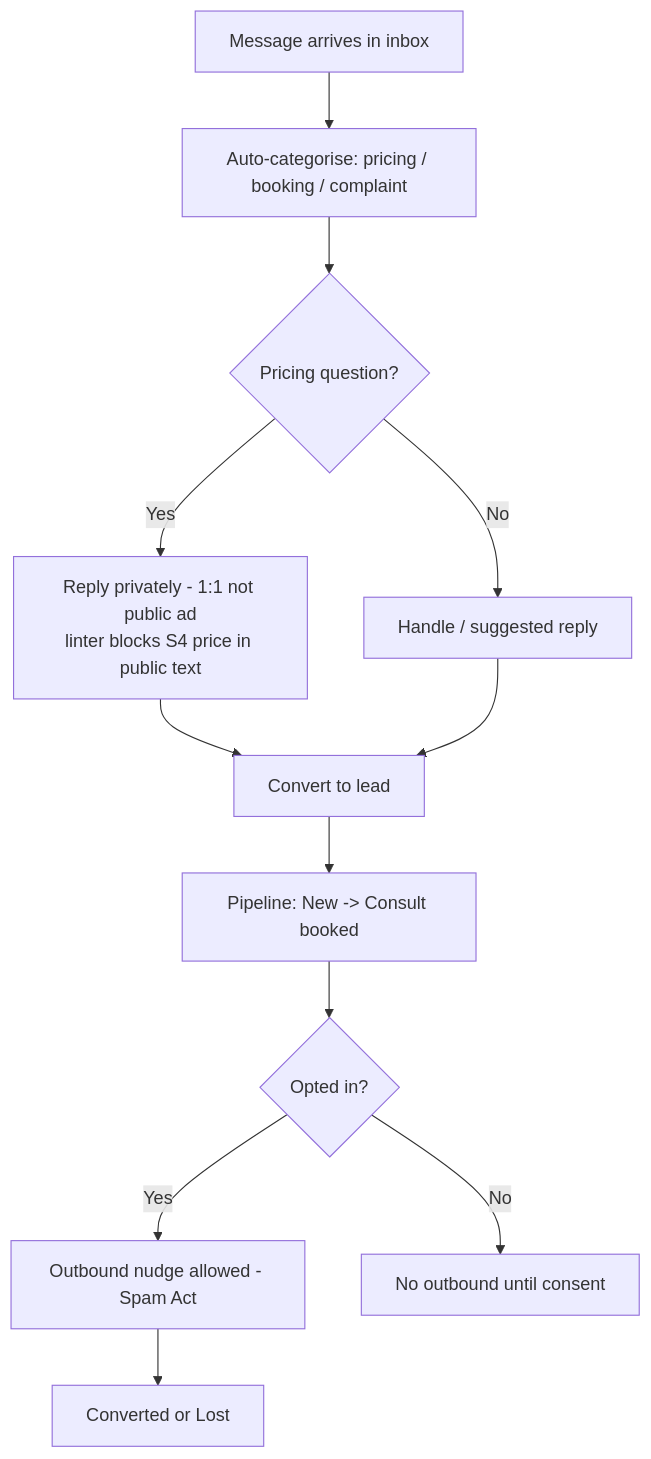
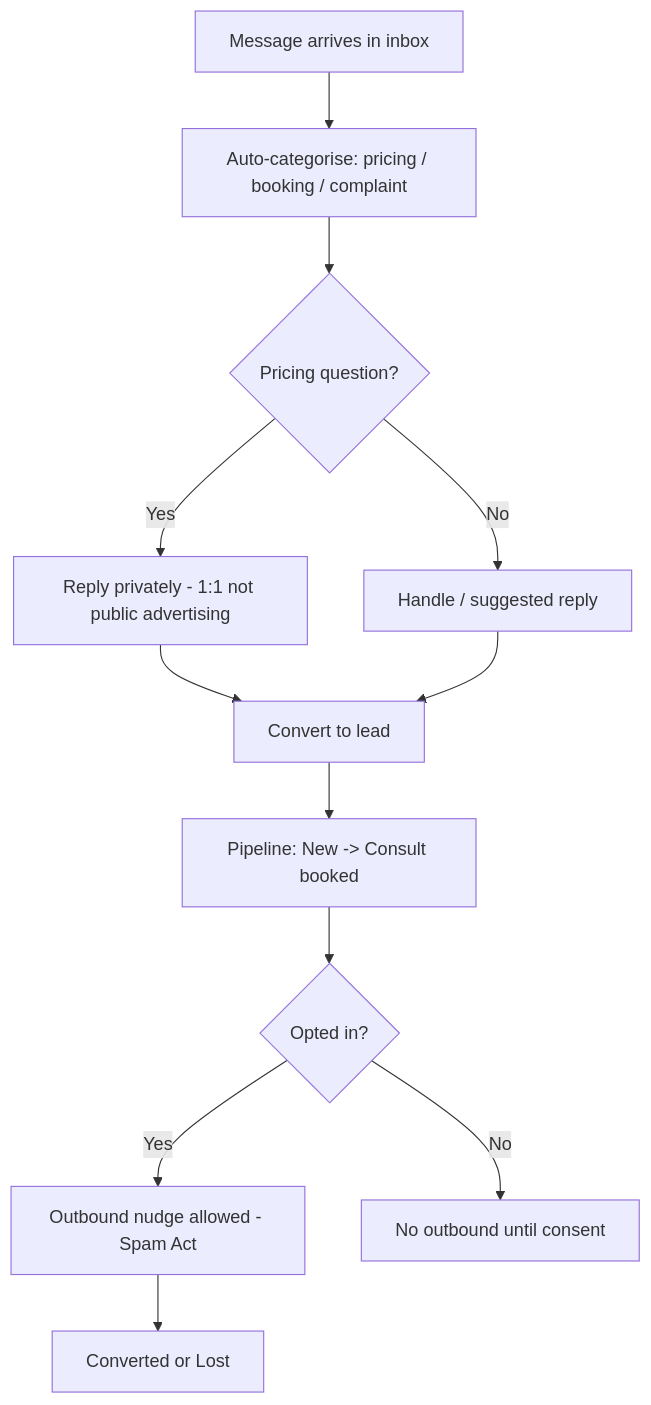
One commit to danpowell88/tlapoc changed the first of 4 diagrams in docs/overviews/08-growth-communications.md. Above: the diagram before and after it, drawn with Mermaid. The commit also changed other lines of this file and 11 other files, not shown here.

First line of the commit message:
docs: remove advertising linter & ad-production tooling from scope

````diff
--- a/docs/overviews/08-growth-communications.md
+++ b/docs/overviews/08-growth-communications.md
@@ -24,14 +23,14 @@
 ```mermaid
 flowchart TD
   A[Message arrives in inbox] --> B[Auto-categorise: pricing / booking / complaint]
   B --> C{Pricing question?}
-  C -->|Yes| D[Reply privately - 1:1 not public ad<br/>linter blocks S4 price in public text]
+  C -->|Yes| D[Reply privately - 1:1 not public advertising]
   C -->|No| E[Handle / suggested reply]
   D --> F[Convert to lead]
   E --> F
   F --> G[Pipeline: New -> Consult booked]
   G --> H{Opted in?}
   H -->|Yes| I[Outbound nudge allowed - Spam Act]
   H -->|No| J[No outbound until consent]
   I --> K[Converted or Lost]
 ```
````
